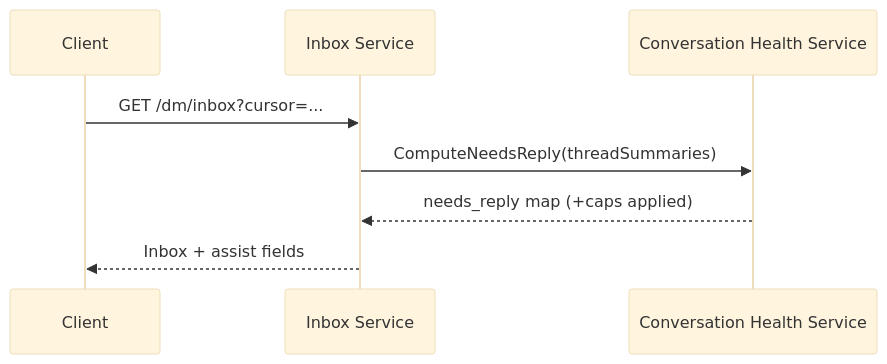
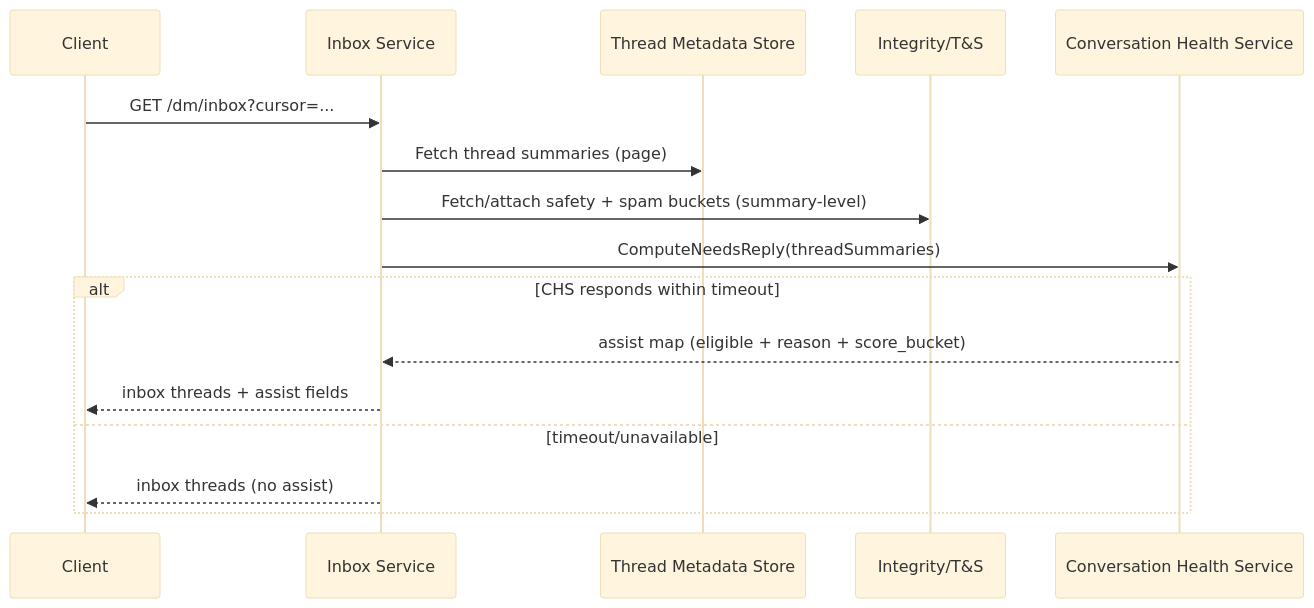
The second of 6 diagrams in instagram-dms-conversation-health-architecture.md (004mayank/product-systems-explained), drawn with Mermaid (base theme) before and after one commit. The commit also changed other lines of this file, not shown here.

Commit message:
Update conversation health architecture to V3 (diagrams + hardened flows)

````diff
--- a/instagram-dms-conversation-health-architecture.md
+++ b/instagram-dms-conversation-health-architecture.md
@@ -169,10 +102,19 @@
 ```mermaid
 sequenceDiagram
   participant C as Client
   participant I as Inbox Service
+  participant META as Thread Metadata Store
+  participant INT as Integrity/T&S
   participant CHS as Conversation Health Service
+
   C->>I: GET /dm/inbox?cursor=...
+  I->>META: Fetch thread summaries (page)
+  I->>INT: Fetch/attach safety + spam buckets (summary-level)
   I->>CHS: ComputeNeedsReply(threadSummaries)
-  CHS-->>I: needs_reply map (+caps applied)
-  I-->>C: Inbox + assist fields
+  alt CHS responds within timeout
+    CHS-->>I: assist map (eligible + reason + score_bucket)
+    I-->>C: inbox threads + assist fields
+  else timeout/unavailable
+    I-->>C: inbox threads (no assist)
+  end
 ```
````
